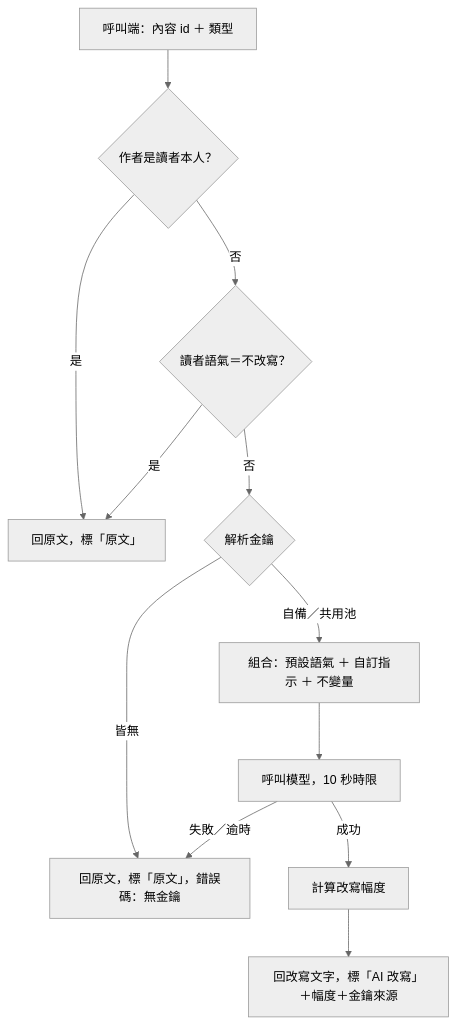
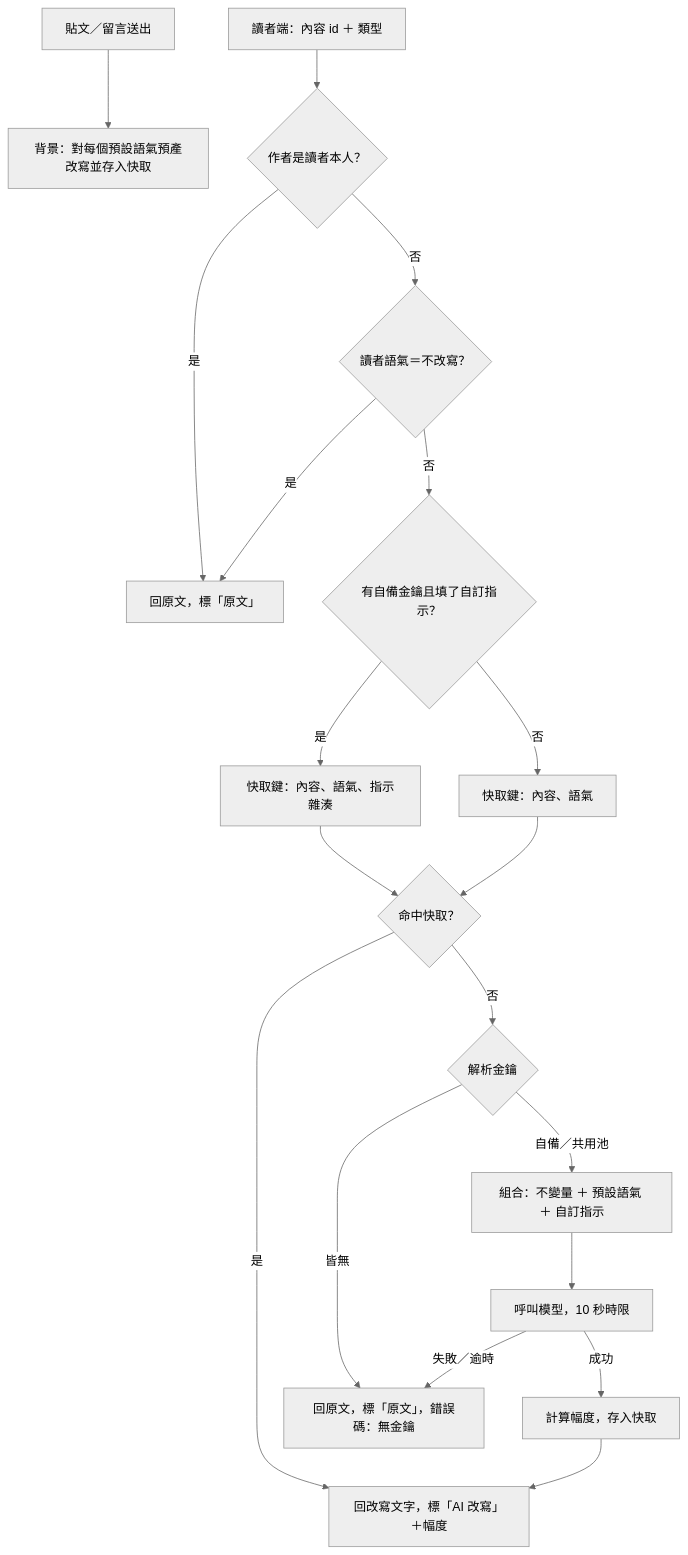
The diagram in backlog/docs/ai-social/doc-002 - 語氣改寫引擎-PRD.md (yeeway0609/ai-social), drawn with Mermaid (neutral theme) before and after one commit. The commit also changed other lines of this file and 10 other files, not shown here.

````diff
--- a/backlog/docs/ai-social/doc-002 - 語氣改寫引擎-PRD.md
+++ b/backlog/docs/ai-social/doc-002 - 語氣改寫引擎-PRD.md
@@ -77,14 +82,20 @@
 ```mermaid
 flowchart TD
-  A[呼叫端：內容 id ＋ 類型] --> B{作者是讀者本人？}
+  W[貼文／留言送出] --> P[背景：對每個預設語氣預產改寫並存入快取]
+  A[讀者端：內容 id ＋ 類型] --> B{作者是讀者本人？}
   B -- 是 --> Z[回原文，標「原文」]
   B -- 否 --> C{讀者語氣＝不改寫？}
   C -- 是 --> Z
-  C -- 否 --> D{解析金鑰}
-  D -- 皆無 --> Y[回原文，標「原文」，錯誤碼：無金鑰]
-  D -- 自備／共用池 --> E[組合：預設語氣 ＋ 自訂指示 ＋ 不變量]
-  E --> F[呼叫模型，10 秒時限]
-  F -- 失敗／逾時 --> Y
-  F -- 成功 --> G[計算改寫幅度]
-  G --> H[回改寫文字，標「AI 改寫」＋幅度＋金鑰來源]
+  C -- 否 --> D{有自備金鑰且填了自訂指示？}
+  D -- 是 --> E[快取鍵：內容、語氣、指示雜湊]
+  D -- 否 --> F[快取鍵：內容、語氣]
+  E --> G{命中快取？}
+  F --> G
+  G -- 是 --> H[回改寫文字，標「AI 改寫」＋幅度]
+  G -- 否 --> I{解析金鑰}
+  I -- 皆無 --> Y[回原文，標「原文」，錯誤碼：無金鑰]
+  I -- 自備／共用池 --> J[組合：不變量 ＋ 預設語氣 ＋ 自訂指示]
+  J --> K[呼叫模型，10 秒時限]
+  K -- 失敗／逾時 --> Y
+  K -- 成功 --> L[計算幅度，存入快取] --> H
 ```
````
